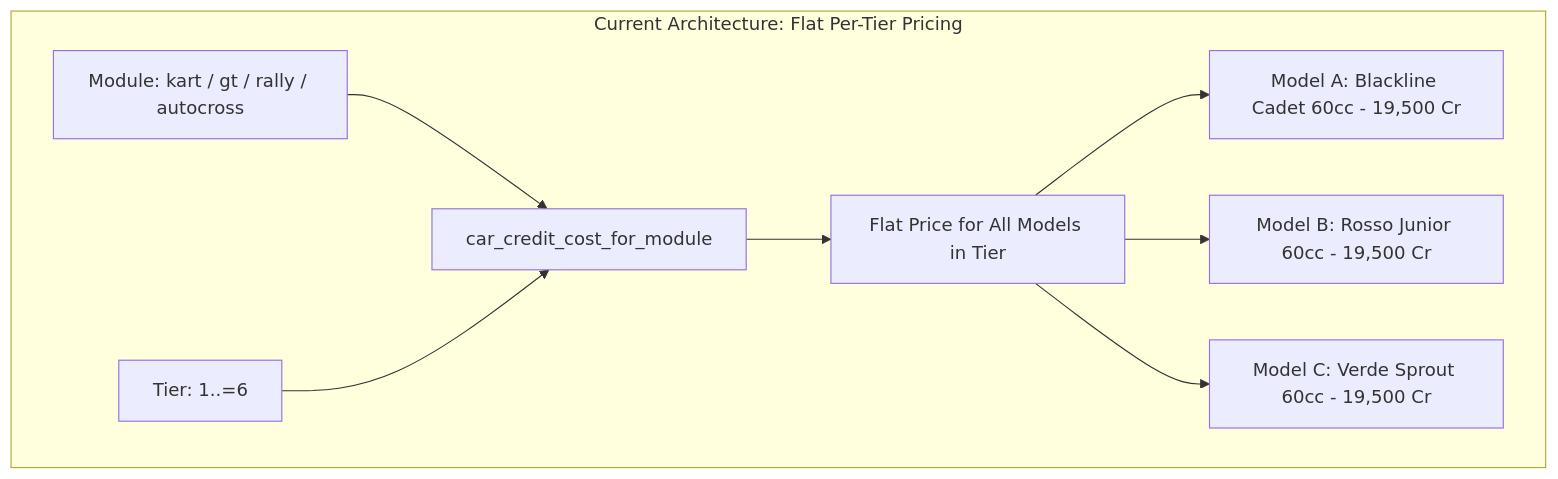
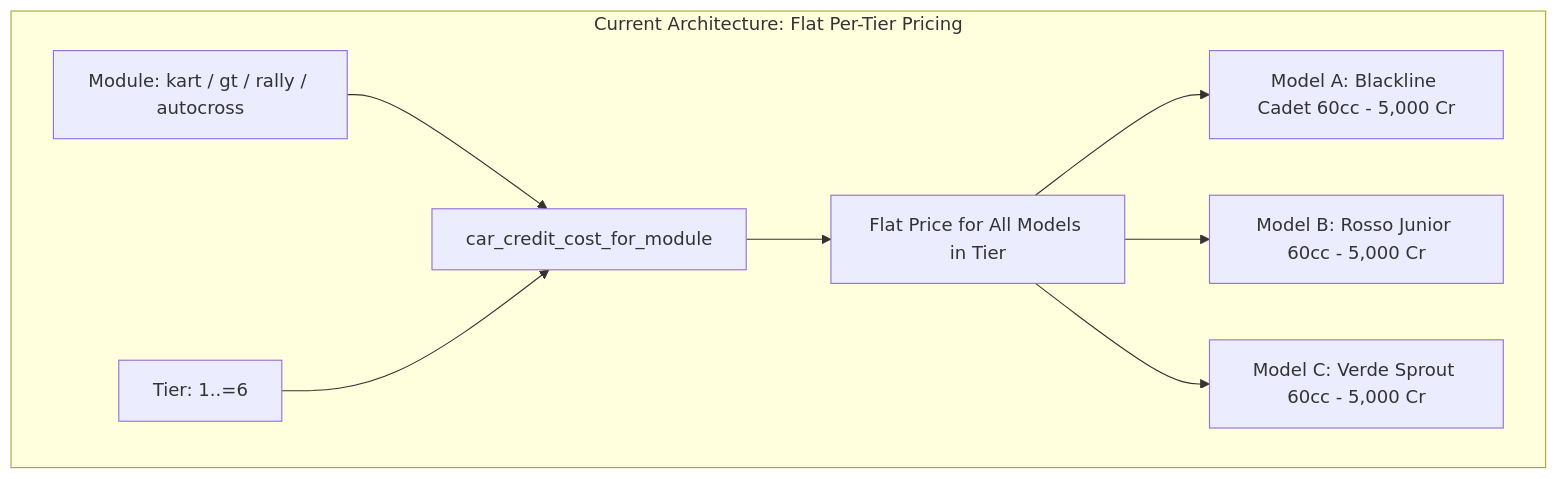
Before and after one commit to magomar/tdrace: the first of 2 diagrams in specs/116_performance_based_individual_vehicle_pricing_and_dynamic_catalog_valuation.md, drawn with Mermaid. The commit also changed other lines of this file and 12 other files, not shown here.

````diff
--- a/specs/116_performance_based_individual_vehicle_pricing_and_dynamic_catalog_valuation.md
+++ b/specs/116_performance_based_individual_vehicle_pricing_and_dynamic_catalog_valuation.md
@@ -29,11 +29,11 @@
 ```mermaid
 graph TD
     subgraph Current Architecture: Flat Per-Tier Pricing
         M[Module: kart / gt / rally / autocross] --> F[car_credit_cost_for_module]
         T[Tier: 1..=6] --> F
         F --> P[Flat Price for All Models in Tier]
-        P --> C1[Model A: Blackline Cadet 60cc - 19,500 Cr]
-        P --> C2[Model B: Rosso Junior 60cc - 19,500 Cr]
-        P --> C3[Model C: Verde Sprout 60cc - 19,500 Cr]
+        P --> C1[Model A: Blackline Cadet 60cc - 5,000 Cr]
+        P --> C2[Model B: Rosso Junior 60cc - 5,000 Cr]
+        P --> C3[Model C: Verde Sprout 60cc - 5,000 Cr]
     end
 ```
````
